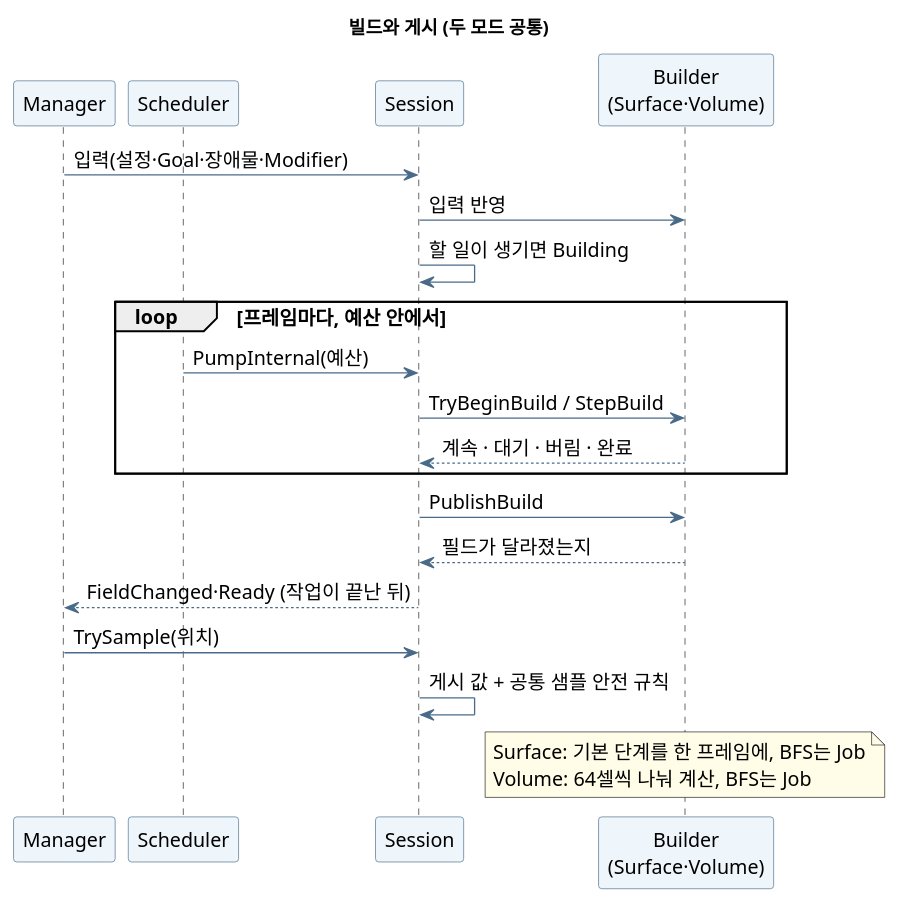
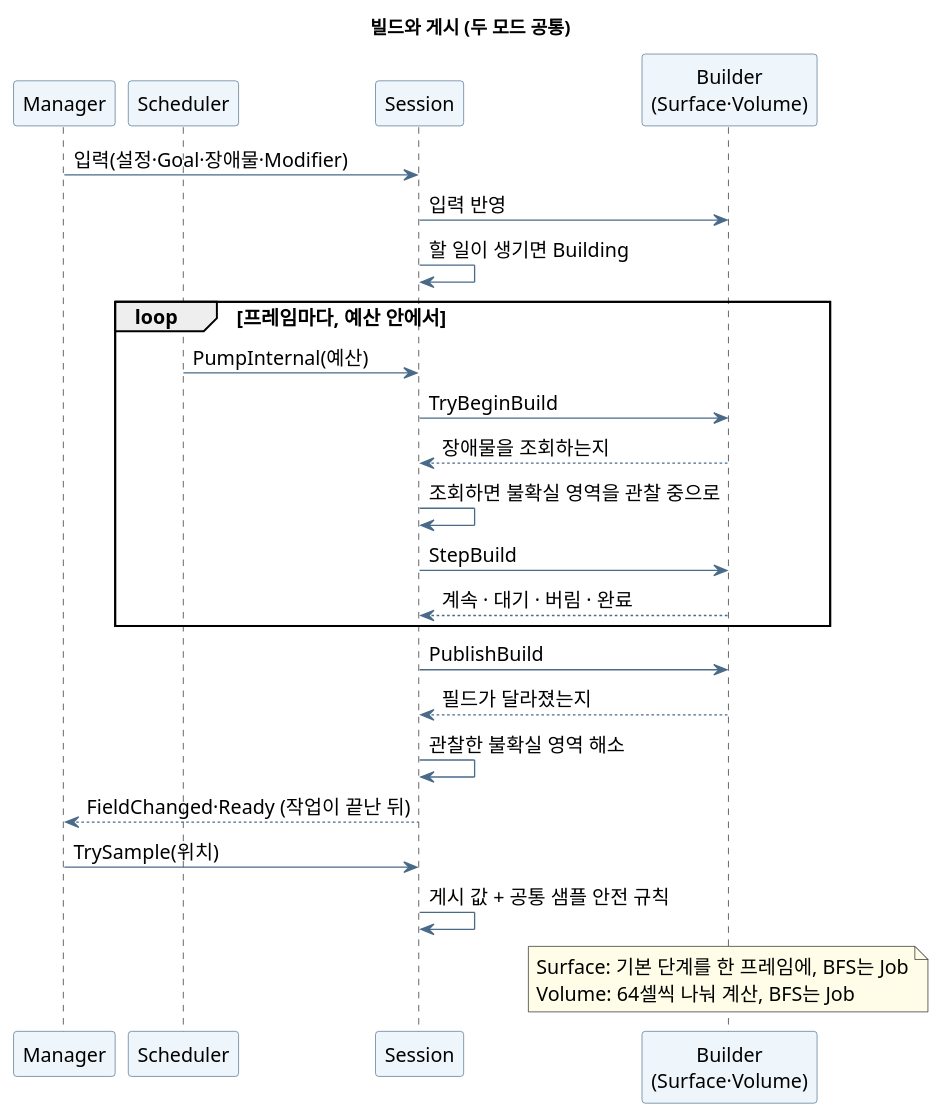
One commit to youwonsock/tool-unity-editor changed the diagram in ToyProject/Assets/_FlowField/Docs/flowfield-pipeline.puml. Above: the diagram before and after it, drawn with PlantUML. The commit also changed 7 other files, not shown here.

Commit message:
README·TechnicalNotes와 PlantUML 3개를 Session 소유 불확실 영역과 한 경로 검사에 맞추고 PNG를 다시 렌더링함

```diff
--- a/ToyProject/Assets/_FlowField/Docs/flowfield-pipeline.puml
+++ b/ToyProject/Assets/_FlowField/Docs/flowfield-pipeline.puml
@@ -1,33 +1,37 @@
 @startuml flowfield-pipeline
 skinparam shadowing false
 skinparam defaultFontName "Apple SD Gothic Neo"
 skinparam defaultFontSize 15
 skinparam ArrowColor #496A88
 skinparam ParticipantBackgroundColor #EEF5FB
 skinparam ParticipantBorderColor #496A88
 skinparam NoteBackgroundColor #FFFDE7
 title 빌드와 게시 (두 모드 공통)
 
 participant "Manager" as M
 participant "Scheduler" as Q
 participant "Session" as S
 participant "Builder\n(Surface·Volume)" as B
 
 M -> S : 입력(설정·Goal·장애물·Modifier)
 S -> B : 입력 반영
 S -> S : 할 일이 생기면 Building
 loop 프레임마다, 예산 안에서
   Q -> S : PumpInternal(예산)
-  S -> B : TryBeginBuild / StepBuild
+  S -> B : TryBeginBuild
+  B --> S : 장애물을 조회하는지
+  S -> S : 조회하면 불확실 영역을 관찰 중으로
+  S -> B : StepBuild
   B --> S : 계속 · 대기 · 버림 · 완료
 end
 S -> B : PublishBuild
 B --> S : 필드가 달라졌는지
+S -> S : 관찰한 불확실 영역 해소
 S --> M : FieldChanged·Ready (작업이 끝난 뒤)
 M -> S : TrySample(위치)
 S -> S : 게시 값 + 공통 샘플 안전 규칙
 note over B
   Surface: 기본 단계를 한 프레임에, BFS는 Job
   Volume: 64셀씩 나눠 계산, BFS는 Job
 end note
 @enduml
```
